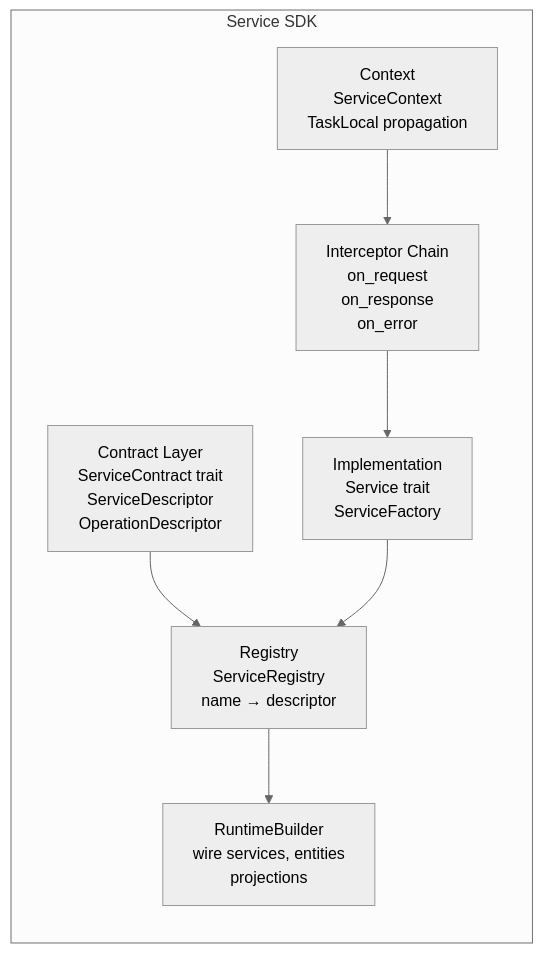
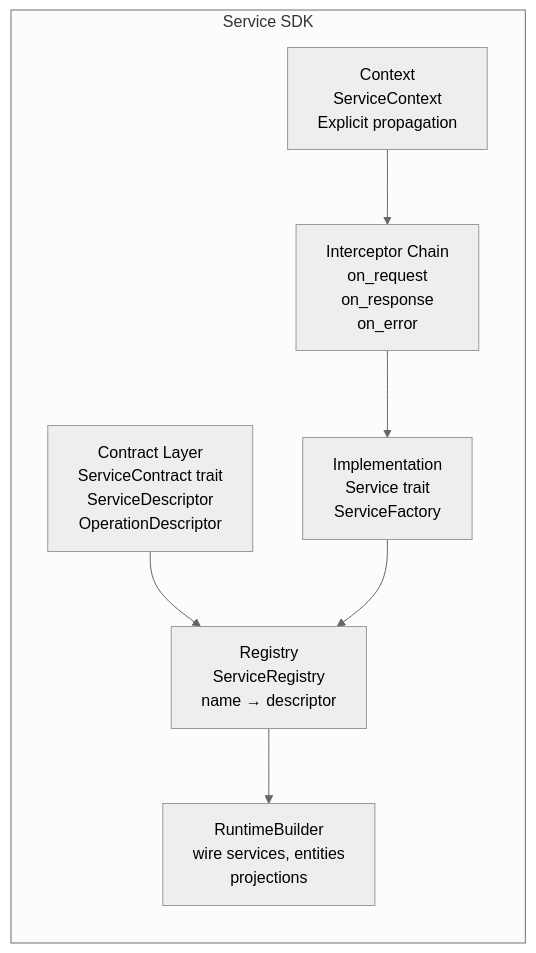
One commit to pablogore/ego-rs changed the fifth of 11 diagrams in COOKBOOK.md. Above: the diagram before and after it, drawn with Mermaid (neutral theme). The commit also changed other lines of this file and 49 other files, not shown here.

First line of the commit message:
refactor(CORE-010A): remove ambient ServiceContext, enforce explicit … (#51)

````diff
--- a/COOKBOOK.md
+++ b/COOKBOOK.md
@@ -251,18 +251,18 @@
 ```mermaid
 flowchart TB
     subgraph ServiceSDK["Service SDK"]
         direction TB
         Contract["Contract Layer<br/>ServiceContract trait<br/>ServiceDescriptor<br/>OperationDescriptor"] 
         Registry["Registry<br/>ServiceRegistry<br/>name → descriptor"]
-        Context["Context<br/>ServiceContext<br/>TaskLocal propagation"]
+        Context["Context<br/>ServiceContext<br/>Explicit propagation"]
         Interceptor["Interceptor Chain<br/>on_request<br/>on_response<br/>on_error"]
         Implementation["Implementation<br/>Service trait<br/>ServiceFactory"]
         Runtime["RuntimeBuilder<br/>wire services, entities<br/>projections"]
     end
 
     Contract --> Registry
     Implementation --> Registry
     Registry --> Runtime
     Context --> Interceptor
     Interceptor --> Implementation
 ```
````
